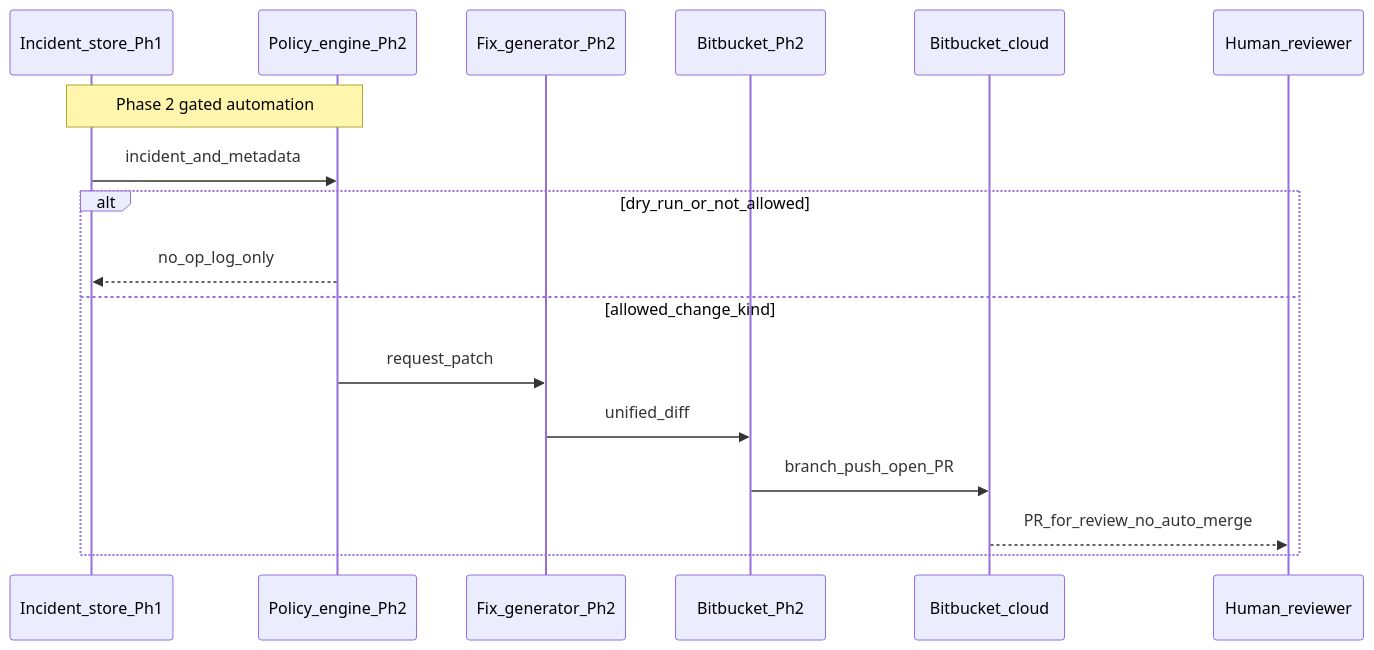
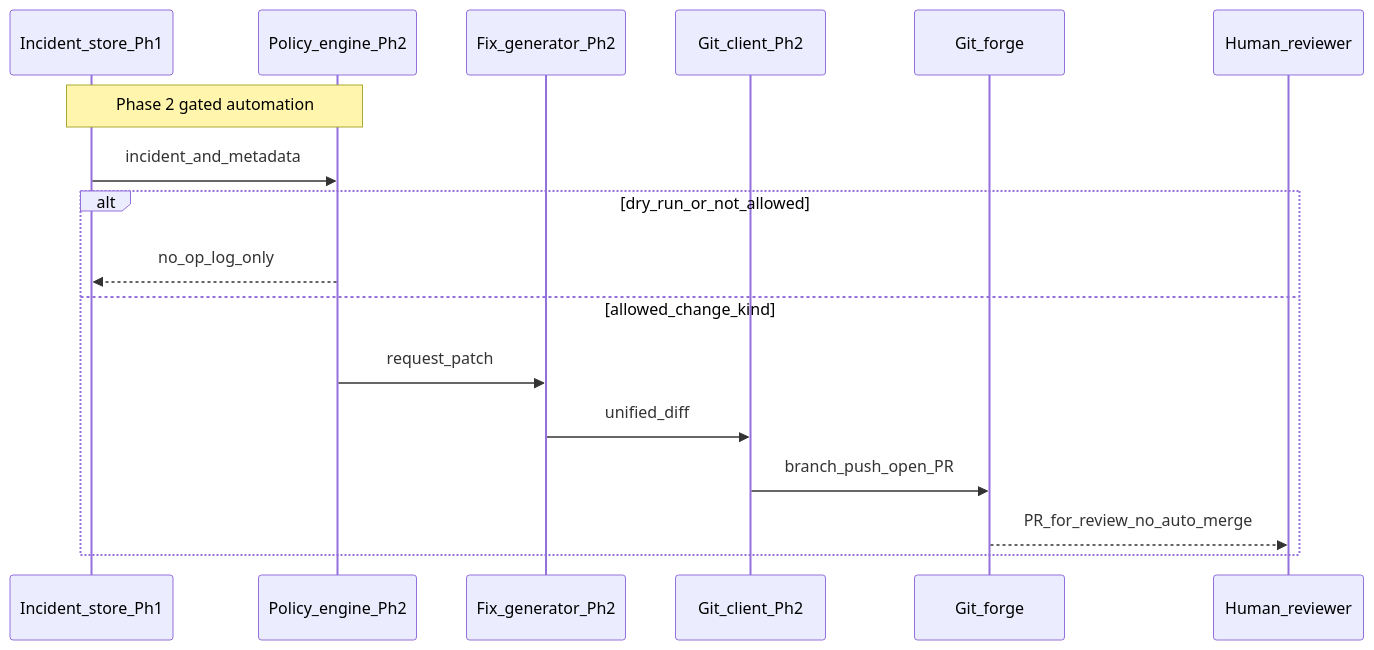
Before and after one commit to abhi29tyagi/ai-sre-agent: the diagram in docs/diagrams/mermaid/07-figure6-phase2-pr-sequence.mmd, drawn with Mermaid. The commit also changed 24 other files, not shown here.

```diff
--- a/docs/diagrams/mermaid/07-figure6-phase2-pr-sequence.mmd
+++ b/docs/diagrams/mermaid/07-figure6-phase2-pr-sequence.mmd
@@ -1,18 +1,18 @@
 sequenceDiagram
   participant Store as Incident_store_Ph1
   participant Pol as Policy_engine_Ph2
   participant Fix as Fix_generator_Ph2
-  participant Git as Bitbucket_Ph2
-  participant BB as Bitbucket_cloud
+  participant Git as Git_client_Ph2
+  participant Forge as Git_forge
   participant Hum as Human_reviewer
 
   Note over Store,Pol: Phase 2 gated automation
   Store->>Pol: incident_and_metadata
   alt dry_run_or_not_allowed
     Pol-->>Store: no_op_log_only
   else allowed_change_kind
     Pol->>Fix: request_patch
     Fix->>Git: unified_diff
-    Git->>BB: branch_push_open_PR
-    BB-->>Hum: PR_for_review_no_auto_merge
+    Git->>Forge: branch_push_open_PR
+    Forge-->>Hum: PR_for_review_no_auto_merge
   end
```
